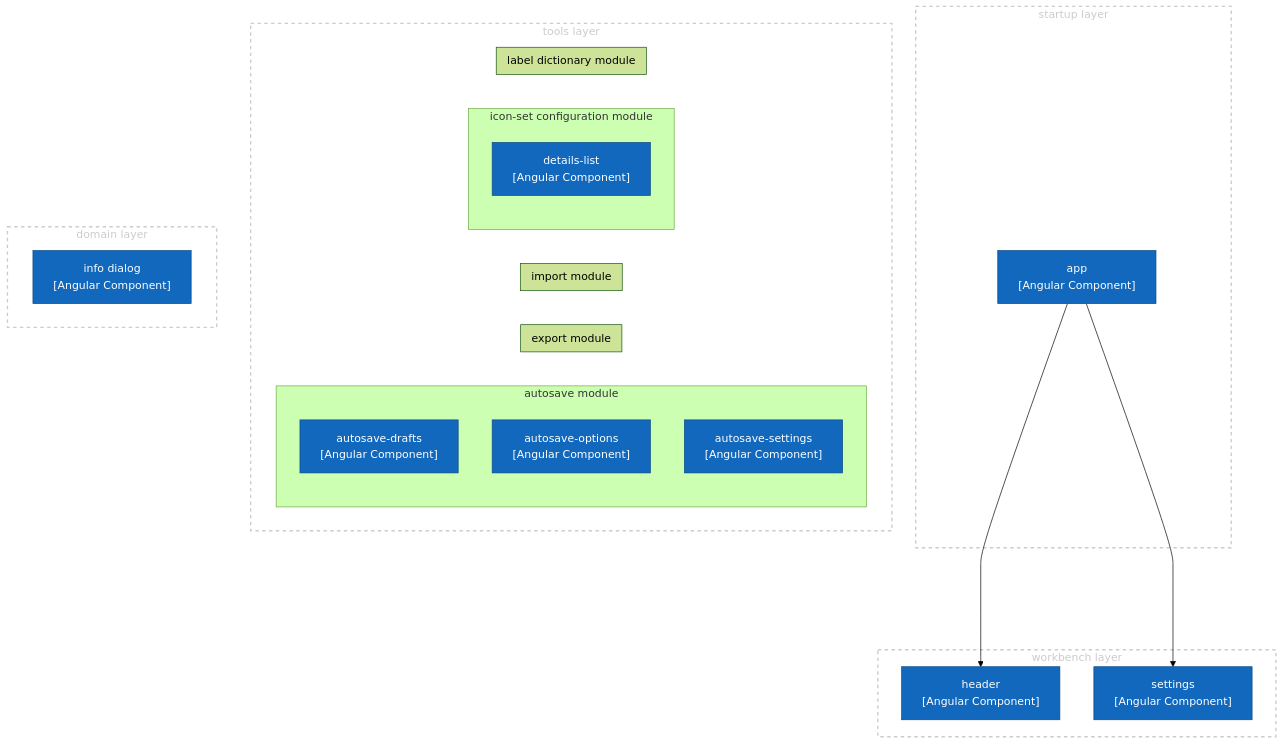
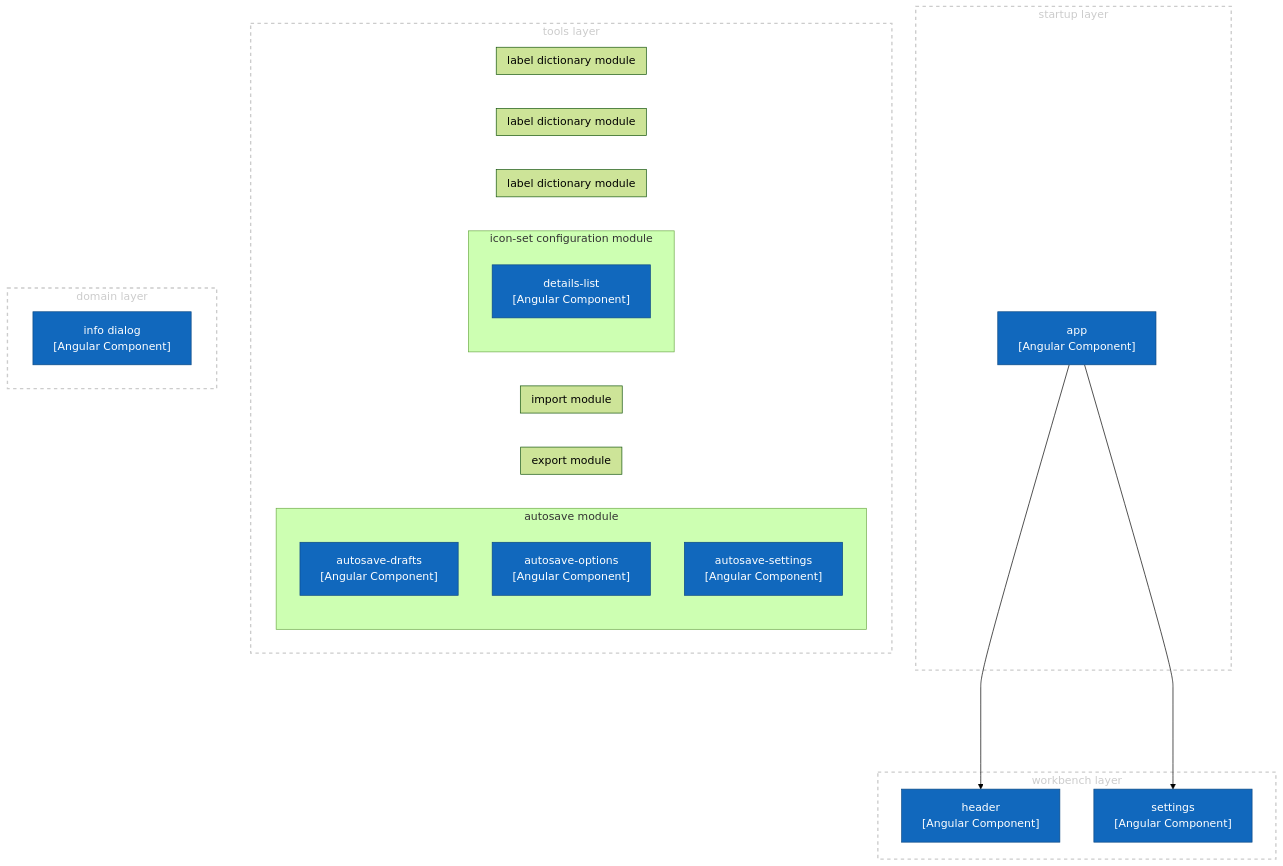
One commit to WPS/egon.io changed the fourth of 5 diagrams in architecture.md. Above: the diagram before and after it, drawn with Mermaid (forest theme). The commit also changed other lines of this file, not shown here.

Commit message:
updated context diagram, added modules to component diagram

```diff
--- a/architecture.md
+++ b/architecture.md
@@ -264,8 +268,14 @@
 subgraph ld-module["label dictionary module"]
 end
 
+subgraph modeler-module["label dictionary module"]
+end
+
+subgraph title-module["label dictionary module"]
+end
+
 classDef module fill:none,stroke:#BBB stroke-width:2px,color:#BBB,stroke-dasharray: 5 5
-class as-module,export-module,is-module,import-module,ld-module module
+class as-module,export-module,is-module,import-module,ld-module,modeler-module,title-module module
 
 subgraph startup["startup layer"]
  app
@@ -282,6 +292,8 @@
  import-module
  is-module
  ld-module
+ modeler-module
+ title-module
 end
 
 
```
